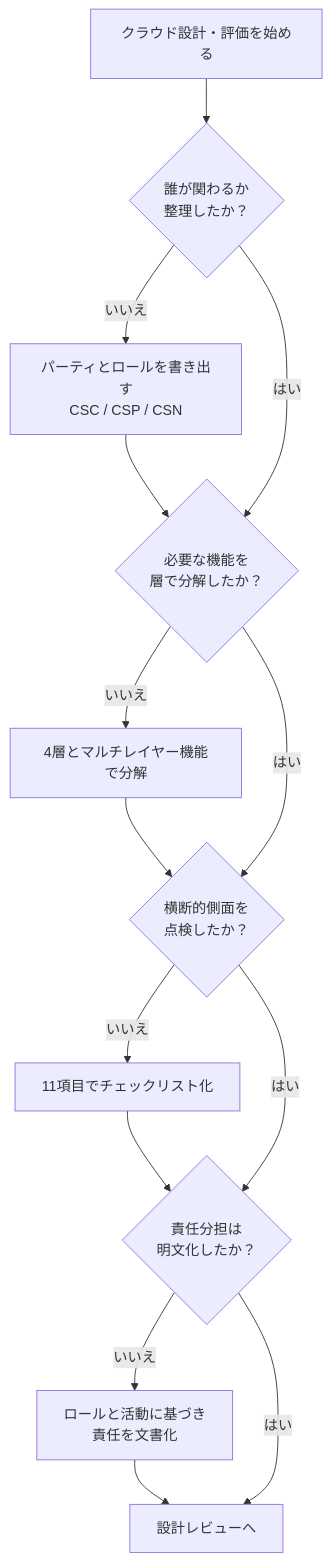
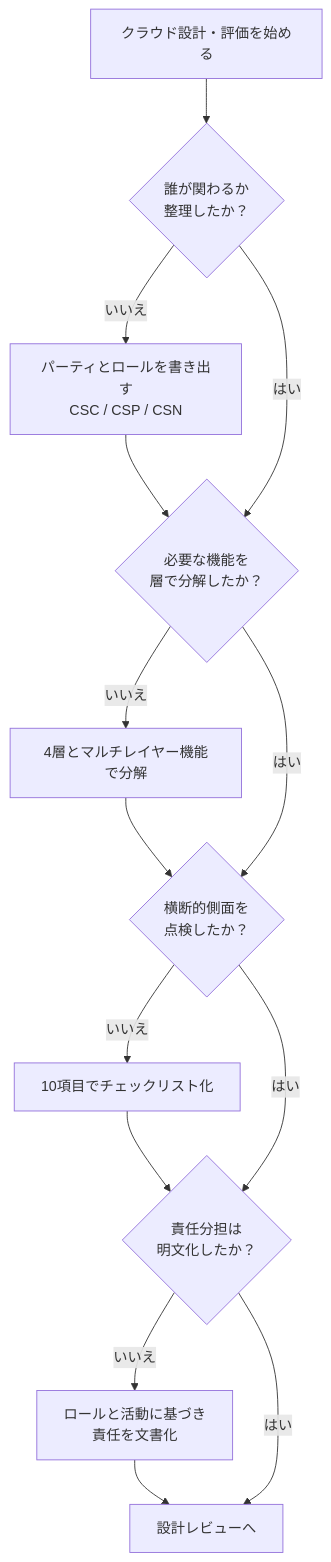
One commit to myoshi2891/Cloud-Infrastructure-and-Network-Studies changed diagram 19 of 20 in Iso-iec-22123-3-2023-guide.md. Above: the diagram before and after it, drawn with Mermaid. The commit also changed other lines of this file, not shown here.

````diff
--- a/Iso-iec-22123-3-2023-guide.md
+++ b/Iso-iec-22123-3-2023-guide.md
@@ -636,16 +635,16 @@
 ```mermaid
 flowchart TD
     START["クラウド設計・評価を始める"] --> Q1{"誰が関わるか<br/>整理したか？"}
     Q1 -->|いいえ| S1["パーティとロールを書き出す<br/>CSC / CSP / CSN"]
     S1 --> Q2
     Q1 -->|はい| Q2{"必要な機能を<br/>層で分解したか？"}
     Q2 -->|いいえ| S2["4層とマルチレイヤー機能で分解"]
     S2 --> Q3
     Q2 -->|はい| Q3{"横断的側面を<br/>点検したか？"}
-    Q3 -->|いいえ| S3["11項目でチェックリスト化"]
+    Q3 -->|いいえ| S3["10項目でチェックリスト化"]
     S3 --> Q4
     Q3 -->|はい| Q4{"責任分担は<br/>明文化したか？"}
     Q4 -->|いいえ| S4["ロールと活動に基づき<br/>責任を文書化"]
     S4 --> END["設計レビューへ"]
     Q4 -->|はい| END
 ```
````
